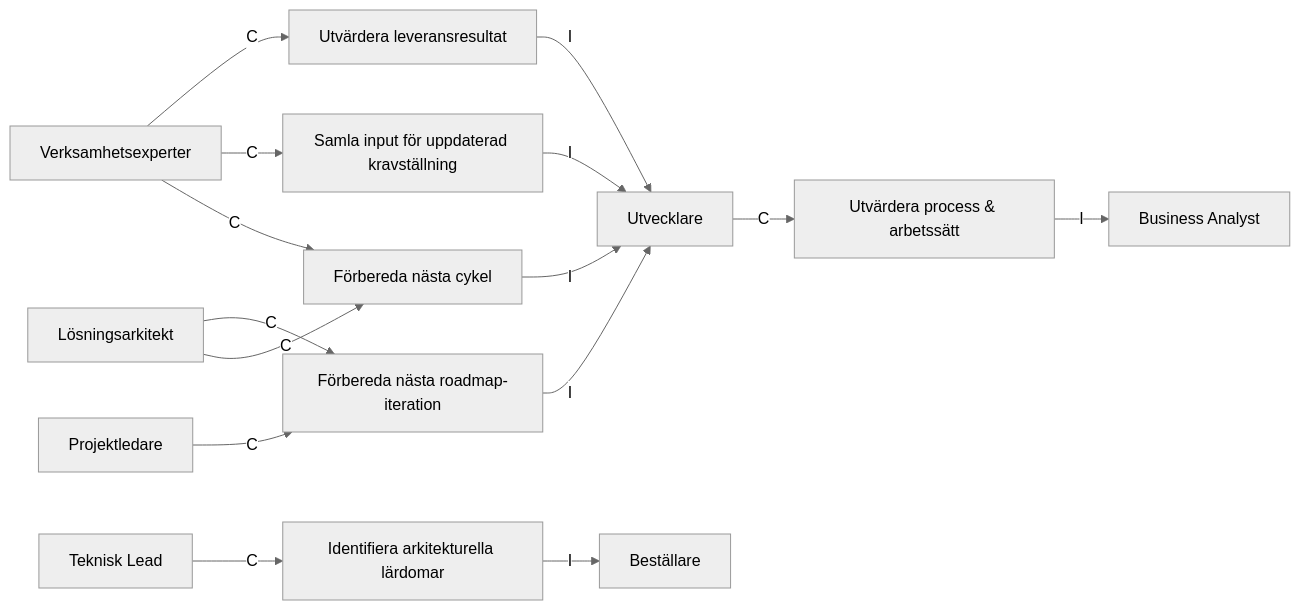
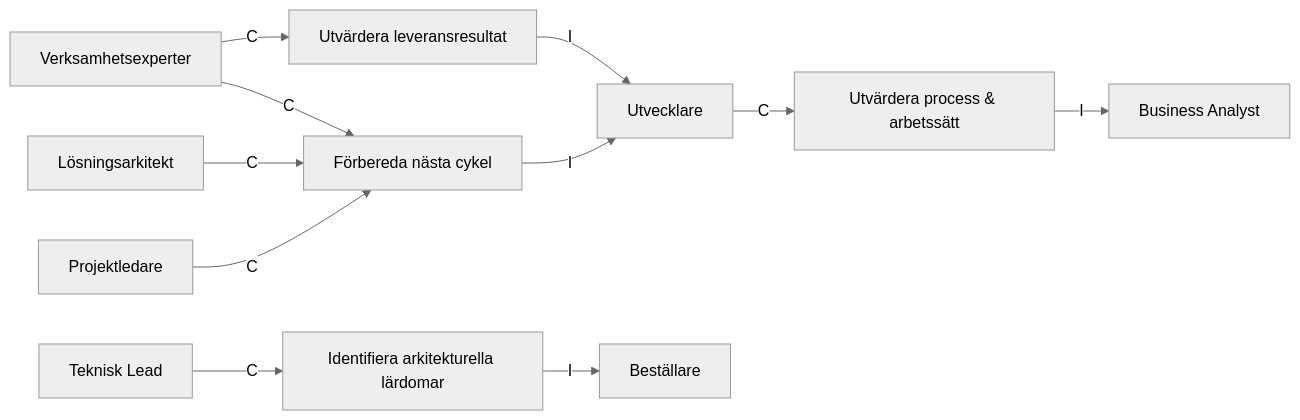
Before and after one commit to Riniga/valuestream-os: the third of 3 diagrams in framework/standard/RACI/5. Repeat.md, drawn with Mermaid (neutral theme). The commit also changed other lines of this file and 17 other files, not shown here.

````diff
--- a/framework/standard/RACI/5. Repeat.md
+++ b/framework/standard/RACI/5. Repeat.md
@@ -61,33 +51,27 @@
 ```mermaid
 flowchart LR
     A1["Utvärdera leveransresultat"]
     A2["Utvärdera process & arbetssätt"]
-    B1["Samla input för uppdaterad kravställning"]
-    B2["Identifiera arkitekturella lärdomar"]
-    B3["Förbereda nästa roadmap-iteration"]
+    B1["Identifiera arkitekturella lärdomar"]
     C1["Förbereda nästa cykel"]
 
     VX["Verksamhetsexperter"]
     UT["Utvecklare"]
     TL["Teknisk Lead"]
     LA["Lösningsarkitekt"]
     PL["Projektledare"]
     BA["Business Analyst"]
     BE["Beställare"]
 
     VX -- C --> A1
     UT -- C --> A2
-    VX -- C --> B1
-    TL -- C --> B2
-    LA -- C --> B3
-    PL -- C --> B3
+    TL -- C --> B1
     LA -- C --> C1
     VX -- C --> C1
+    PL -- C --> C1
 
     A1 -- I --> UT
     A2 -- I --> BA
-    B1 -- I --> UT
-    B2 -- I --> BE
-    B3 -- I --> UT
+    B1 -- I --> BE
     C1 -- I --> UT
 ```
````
